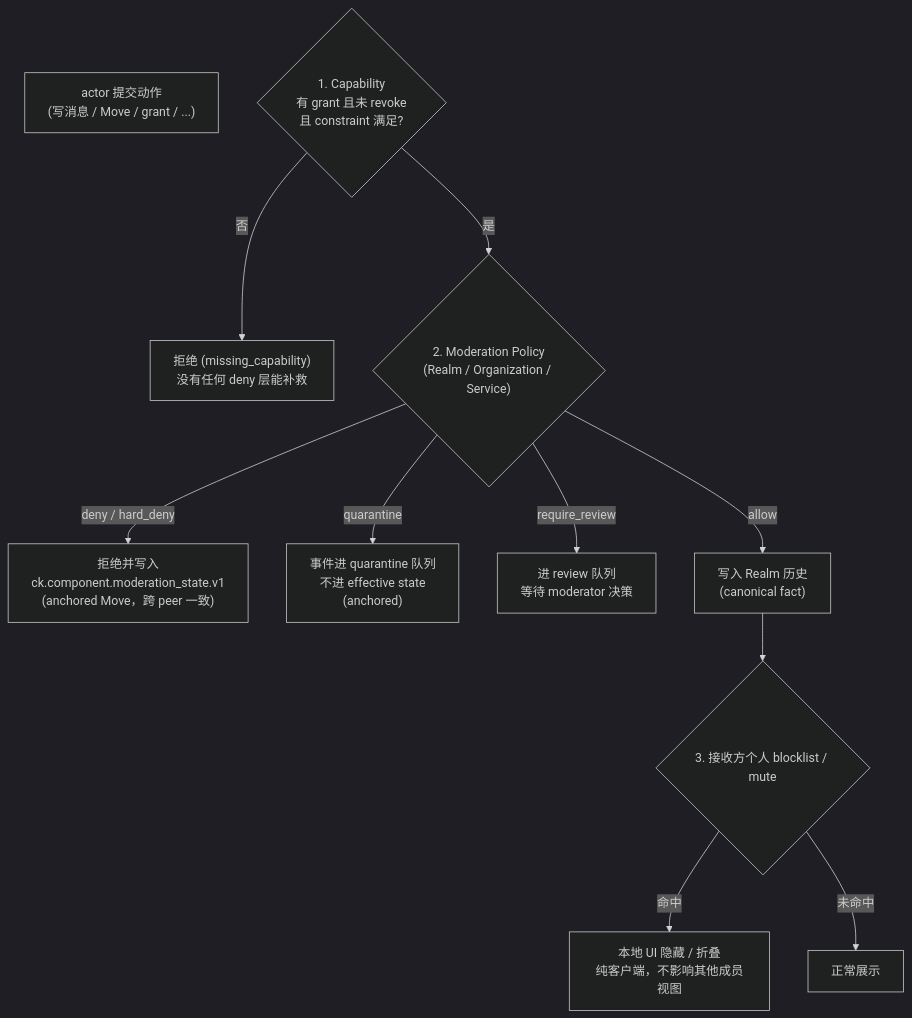
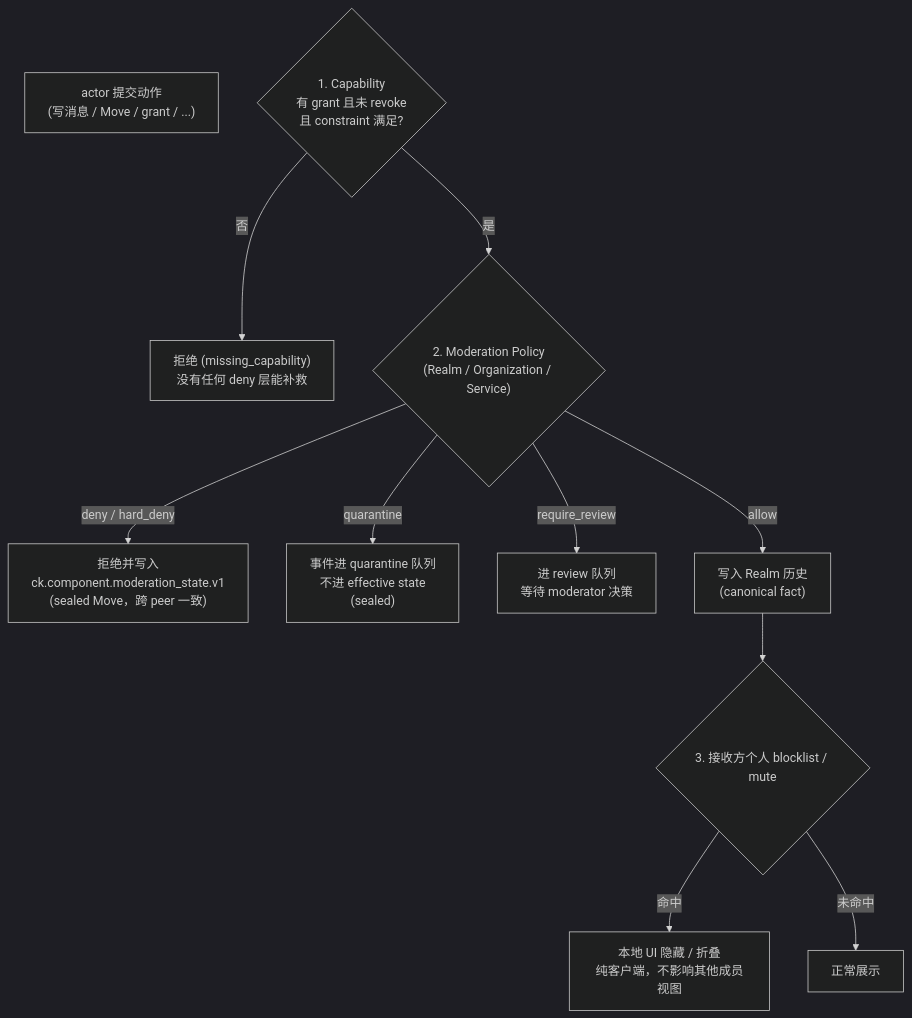
One commit to arkret-org/arkret-spec changed the diagram in spec/v1/zh/governance/content-moderation.md. Above: the diagram before and after it, drawn with Mermaid (dark theme). The commit also changed other lines of this file and 113 other files, not shown here.

First line of the commit message:
Refactor service surface documentation and update schema definitions

````diff
--- a/spec/v1/zh/governance/content-moderation.md
+++ b/spec/v1/zh/governance/content-moderation.md
@@ -53,17 +53,17 @@
 ```mermaid
 flowchart TB
     Action["actor 提交动作<br>(写消息 / Move / grant / ...)"]
 
     Cap{"1. Capability<br>有 grant 且未 revoke<br>且 constraint 满足?"}
     Cap -- "否" --> DenyCap["拒绝 (missing_capability)<br>没有任何 deny 层能补救"]
     Cap -- "是" --> Mod{"2. Moderation Policy<br>(Realm / Organization / Service)"}
 
-    Mod -- "deny / hard_deny" --> DenyMod["拒绝并写入<br>ck.component.moderation_state.v1<br>(anchored Move，跨 peer 一致)"]
-    Mod -- "quarantine" --> Quar["事件进 quarantine 队列<br>不进 effective state<br>(anchored)"]
+    Mod -- "deny / hard_deny" --> DenyMod["拒绝并写入<br>ck.component.moderation_state.v1<br>(sealed Move，跨 peer 一致)"]
+    Mod -- "quarantine" --> Quar["事件进 quarantine 队列<br>不进 effective state<br>(sealed)"]
     Mod -- "require_review" --> Rev["进 review 队列<br>等待 moderator 决策"]
     Mod -- "allow" --> Stored["写入 Realm 历史<br>(canonical fact)"]
 
     Stored --> View{"3. 接收方个人 blocklist / mute"}
     View -- "命中" --> Hidden["本地 UI 隐藏 / 折叠<br>纯客户端，不影响其他成员视图"]
     View -- "未命中" --> Show["正常展示"]
 ```
````
